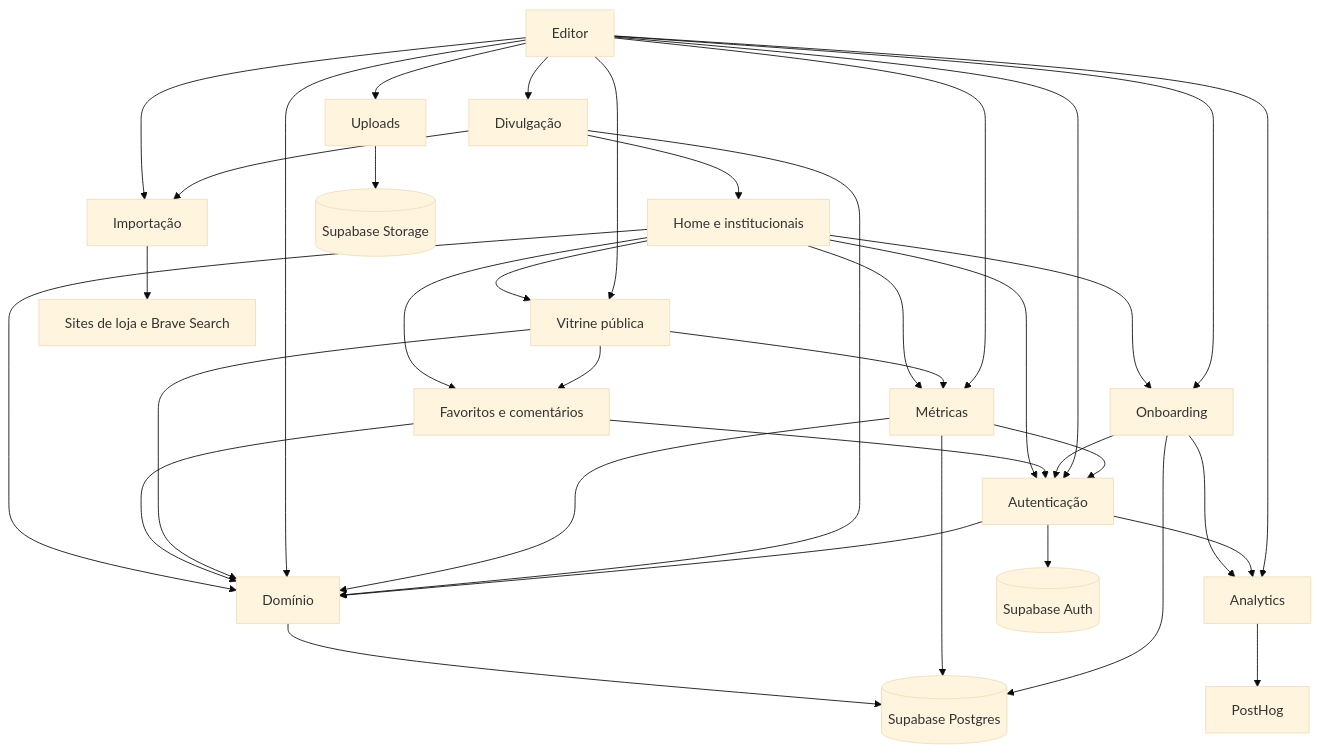
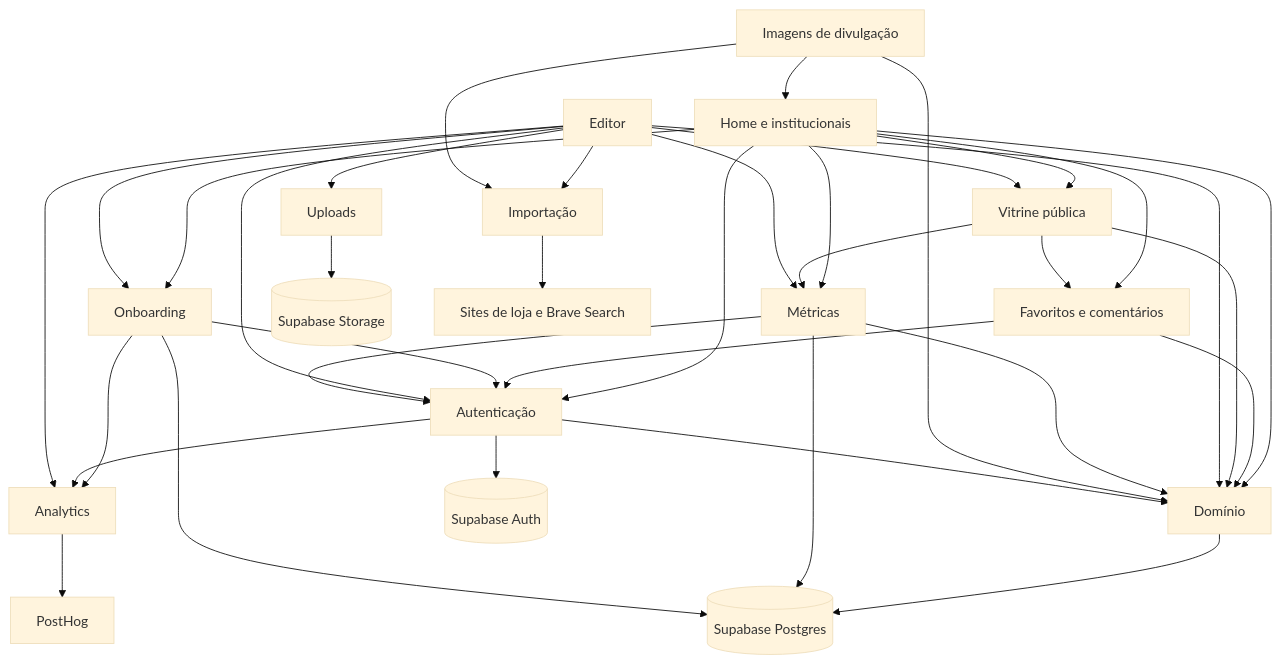
One commit to estevaons/myvitri changed the second of 8 diagrams in docs/architecture.md. Above: the diagram before and after it, drawn with Mermaid (base theme). The commit also changed other lines of this file and 41 other files, not shown here.

````diff
--- a/docs/architecture.md
+++ b/docs/architecture.md
@@ -108,39 +108,38 @@
 ```mermaid
 graph TD
     HOME[Home e institucionais] --> DOM[Domínio]
     HOME --> AUTH[Autenticação]
     HOME --> VP[Vitrine pública]
     HOME --> MET
     HOME --> SOC
     VP --> SOC[Favoritos e comentários]
     SOC --> DOM
     SOC --> AUTH
     VP --> DOM
     VP --> MET[Métricas]
     ONB[Onboarding] --> AUTH
     ONB --> ANA[Analytics]
     HOME --> ONB
     ED --> ONB
     AUTH --> ANA
     ED --> ANA
     ED[Editor] --> DOM
     ED --> VP
     ED --> AUTH
     ED --> UP[Uploads]
     ED --> IMP[Importação]
     ED --> MET
     MET --> DOM
     MET --> AUTH
-    ED --> DIV[Divulgação]
-    DIV --> DOM
+    DIV[Imagens de divulgação] --> DOM
     DIV --> HOME
     DIV --> IMP
     AUTH --> DOM
     DOM --> SB[(Supabase Postgres)]
     AUTH --> SBA[(Supabase Auth)]
     UP --> SBS[(Supabase Storage)]
     MET --> SB
     ONB --> SB
     ANA --> PH[PostHog]
     IMP --> EXT[Sites de loja e Brave Search]
 ```
````
